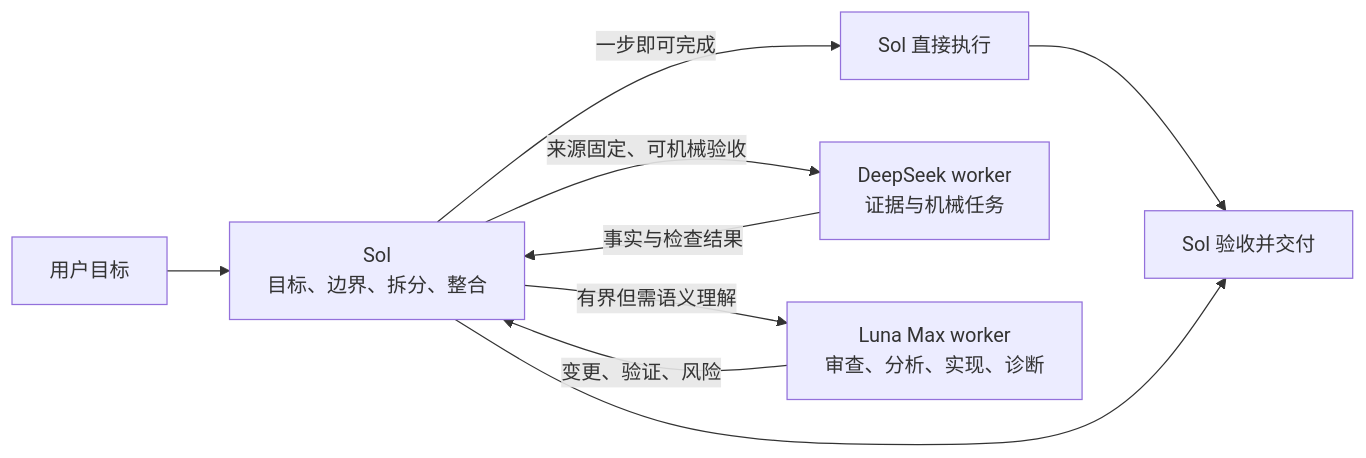
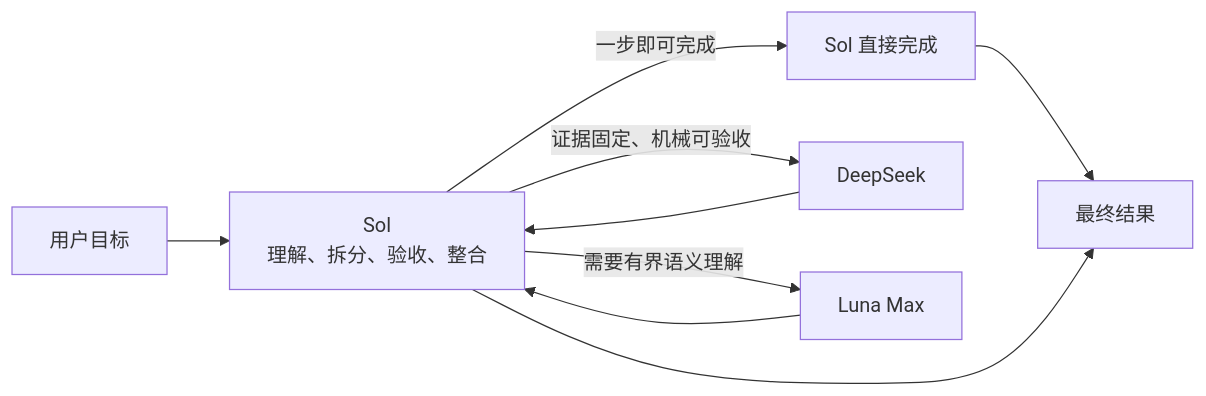
The diagram in README.md (liuyejinghong/sol-worker-routing-codex), drawn with Mermaid before and after one commit. The commit also changed other lines of this file and 5 other files, not shown here.

````diff
--- a/README.md
+++ b/README.md
@@ -51,11 +45,11 @@
 ```mermaid
 flowchart LR
-    U["用户目标"] --> S["Sol<br/>目标、边界、拆分、整合"]
-    S -->|"一步即可完成"| D["Sol 直接执行"]
-    S -->|"来源固定、可机械验收"| DS["DeepSeek worker<br/>证据与机械任务"]
-    S -->|"有界但需语义理解"| L["Luna Max worker<br/>审查、分析、实现、诊断"]
-    D --> O["Sol 验收并交付"]
-    DS -->|"事实与检查结果"| S
-    L -->|"变更、验证、风险"| S
+    U["用户目标"] --> S["Sol<br/>理解、拆分、验收、整合"]
+    S -->|"一步即可完成"| D["Sol 直接完成"]
+    S -->|"证据固定、机械可验收"| DS["DeepSeek"]
+    S -->|"需要有界语义理解"| L["Luna Max"]
+    D --> O["最终结果"]
+    DS --> S
+    L --> S
     S --> O
 ```
````
